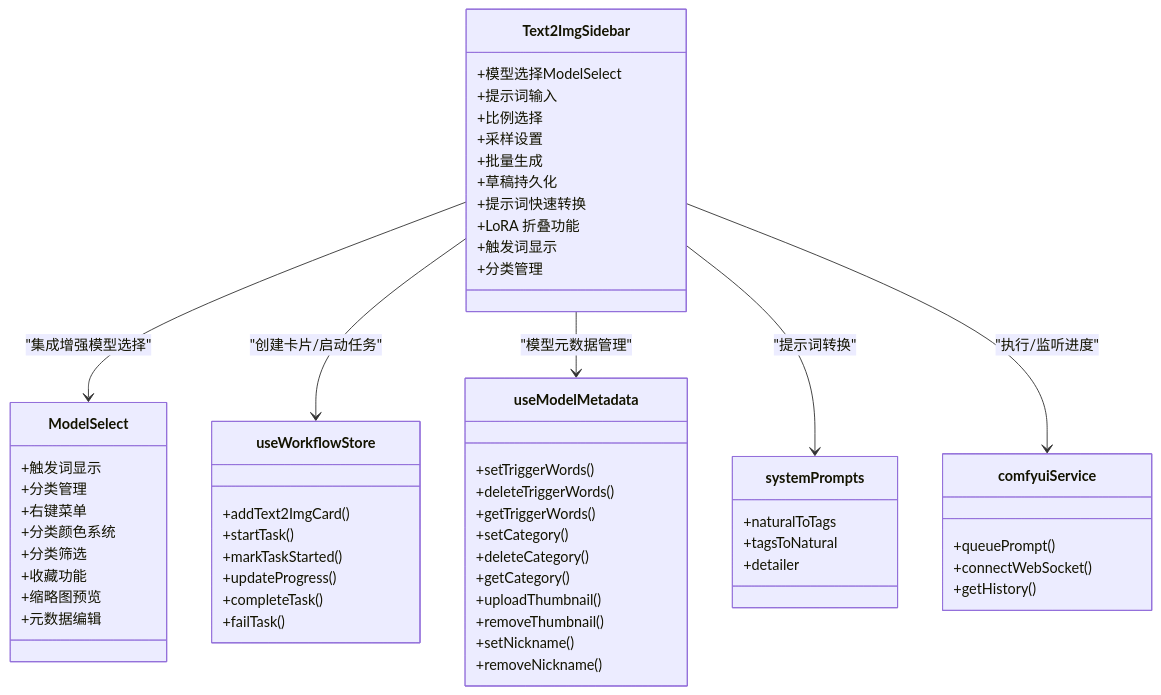
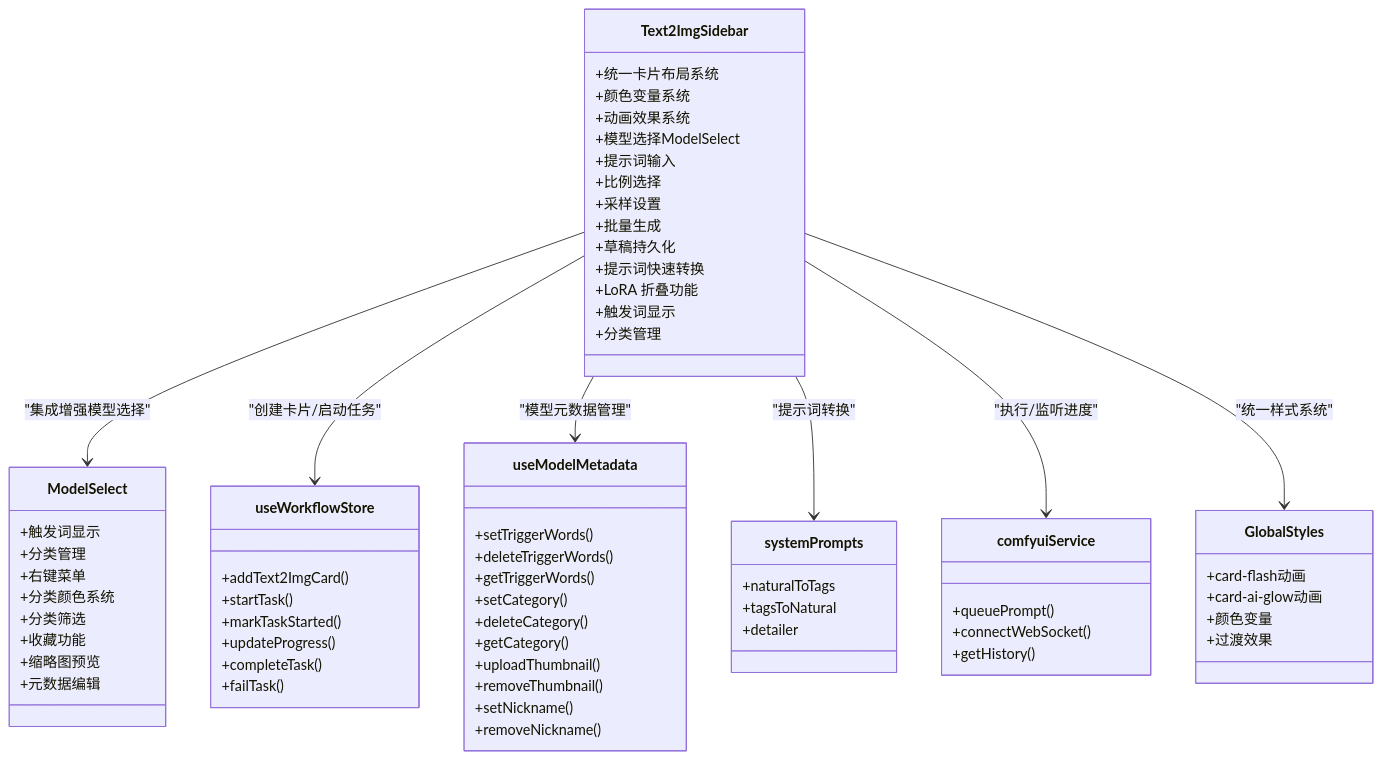
Before and after one commit to billye220670/CorineKit_Pix2Real: the third of 4 diagrams in .qoder/repowiki/zh/content/用户界面组件/控制面板组件/文本到图像侧边栏.md, drawn with Mermaid. The commit also changed other lines of this file and 10 other files, not shown here.

Commit message:
feat: LoRA触发词右键上下文菜单与未使用检测 - 新增PromptContextMenu多层级右键菜单组件 - 移除侧边栏LoRA触发词文本显示，改为未使用时黄色警告图标 - 提示词输入框右键弹出菜单，支持插入LoRA触发词和标签分类数据 - Text2ImgSidebar和ZITSidebar同步更新

````diff
--- a/.qoder/repowiki/zh/content/用户界面组件/控制面板组件/文本到图像侧边栏.md
+++ b/.qoder/repowiki/zh/content/用户界面组件/控制面板组件/文本到图像侧边栏.md
@@ -295,60 +336,70 @@
 ```mermaid
 classDiagram
 class Text2ImgSidebar {
++统一卡片布局系统
++颜色变量系统
++动画效果系统
 +模型选择ModelSelect
 +提示词输入
 +比例选择
 +采样设置
 +批量生成
 +草稿持久化
 +提示词快速转换
 +LoRA 折叠功能
 +触发词显示
 +分类管理
 }
 class ModelSelect {
 +触发词显示
 +分类管理
 +右键菜单
 +分类颜色系统
 +分类筛选
 +收藏功能
 +缩略图预览
 +元数据编辑
 }
 class useWorkflowStore {
 +addText2ImgCard()
 +startTask()
 +markTaskStarted()
 +updateProgress()
 +completeTask()
 +failTask()
 }
 class useModelMetadata {
 +setTriggerWords()
 +deleteTriggerWords()
 +getTriggerWords()
 +setCategory()
 +deleteCategory()
 +getCategory()
 +uploadThumbnail()
 +removeThumbnail()
 +setNickname()
 +removeNickname()
 }
 class systemPrompts {
 +naturalToTags
 +tagsToNatural
 +detailer
 }
 class comfyuiService {
 +queuePrompt()
 +connectWebSocket()
 +getHistory()
 }
+class GlobalStyles {
++card-flash动画
++card-ai-glow动画
++颜色变量
++过渡效果
+}
 Text2ImgSidebar --> ModelSelect : "集成增强模型选择"
 Text2ImgSidebar --> useWorkflowStore : "创建卡片/启动任务"
 Text2ImgSidebar --> useModelMetadata : "模型元数据管理"
 Text2ImgSidebar --> systemPrompts : "提示词转换"
 Text2ImgSidebar --> comfyuiService : "执行/监听进度"
+Text2ImgSidebar --> GlobalStyles : "统一样式系统"
 ```
````
